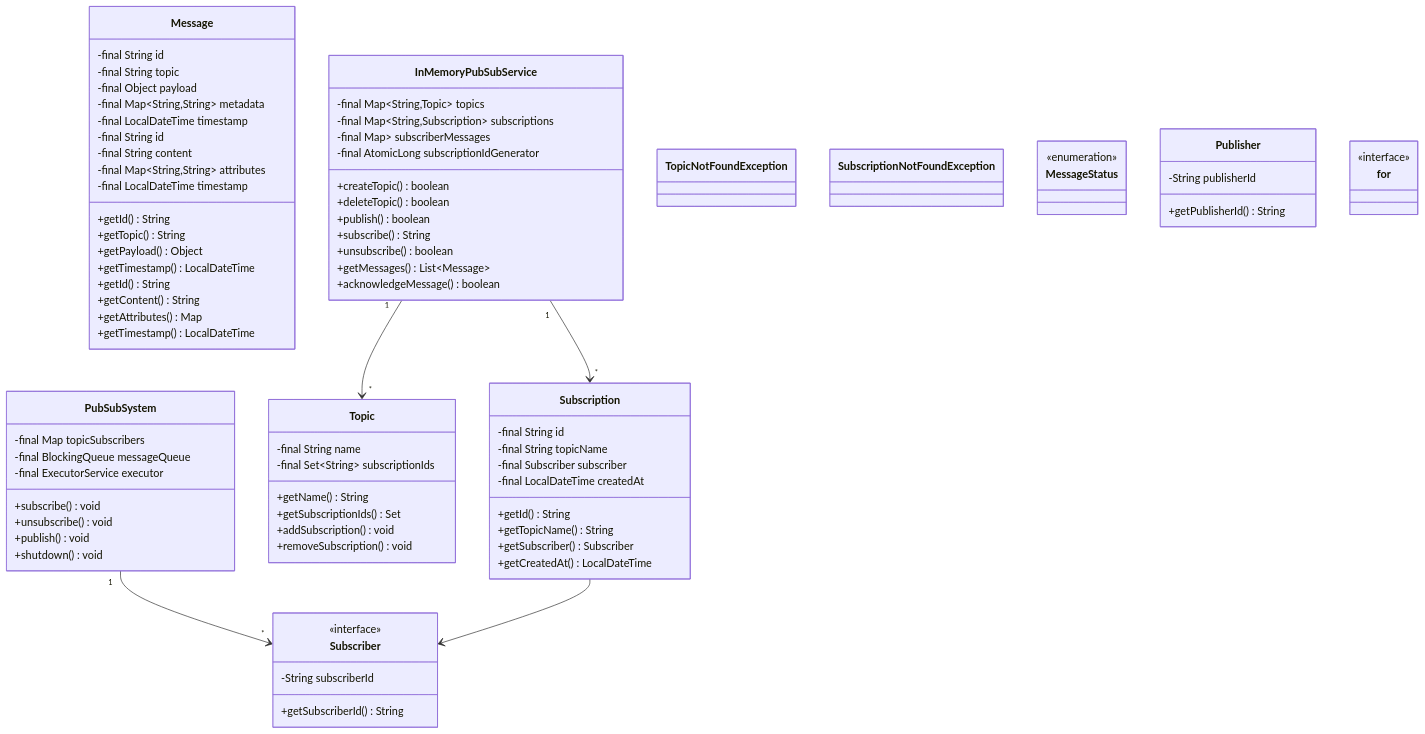
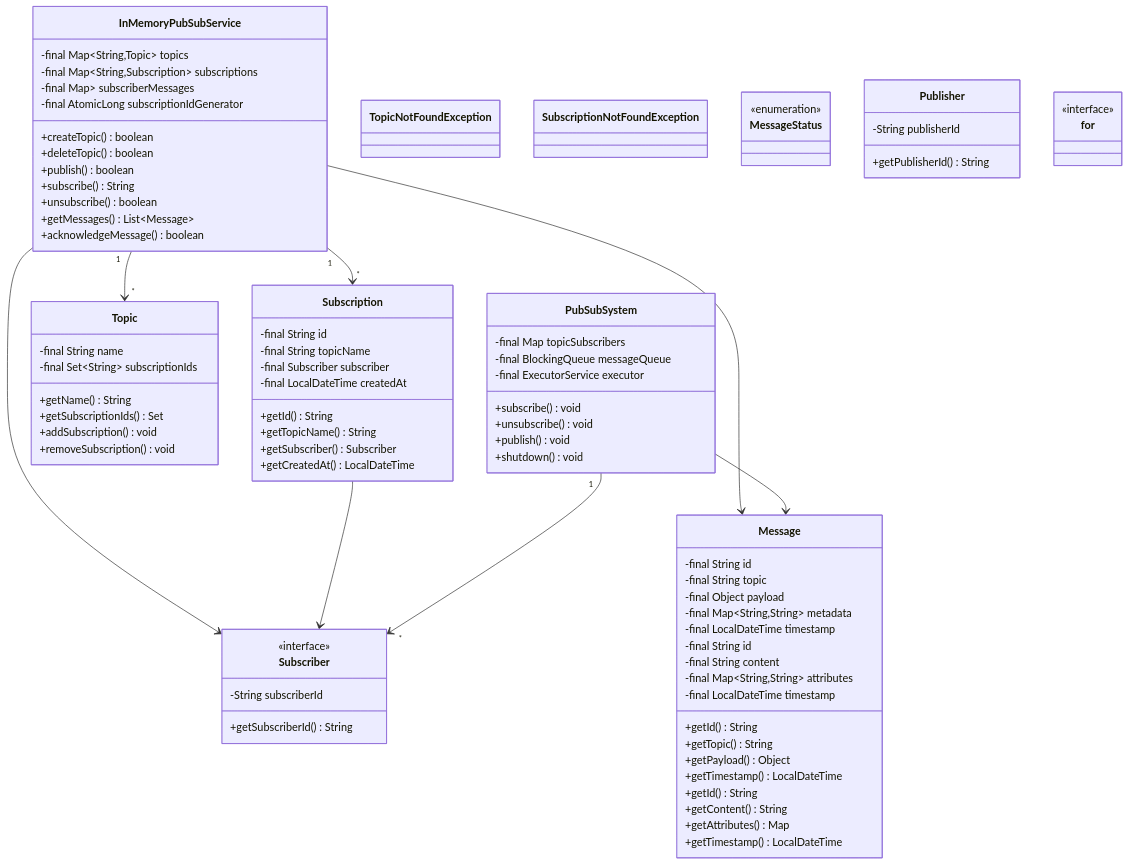
Before and after one commit to dlkr18/lld-playbook: the diagram in docs/problems/pubsub/README.md, drawn with Mermaid. The commit also changed 113 other files, not shown here.

````diff
--- a/docs/problems/pubsub/README.md
+++ b/docs/problems/pubsub/README.md
@@ -496,8 +496,11 @@
     class for
     <<interface>> for
 
-    PubSubSystem "1" --> "*" Subscriber
     InMemoryPubSubService "1" --> "*" Topic
     InMemoryPubSubService "1" --> "*" Subscription
+    InMemoryPubSubService --> Message
+    InMemoryPubSubService --> Subscriber
     Subscription --> Subscriber
+    PubSubSystem "1" --> "*" Subscriber
+    PubSubSystem --> Message
 ```
````
